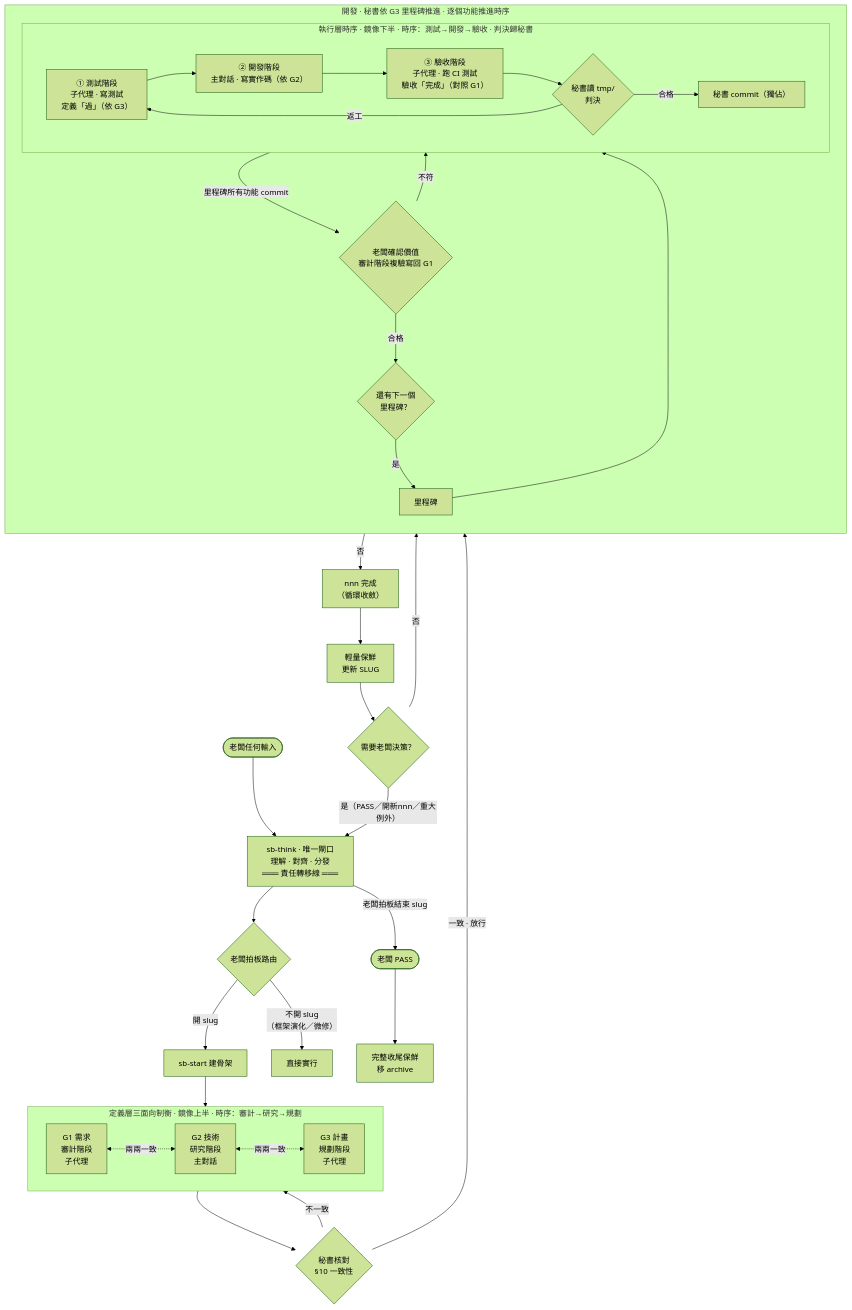
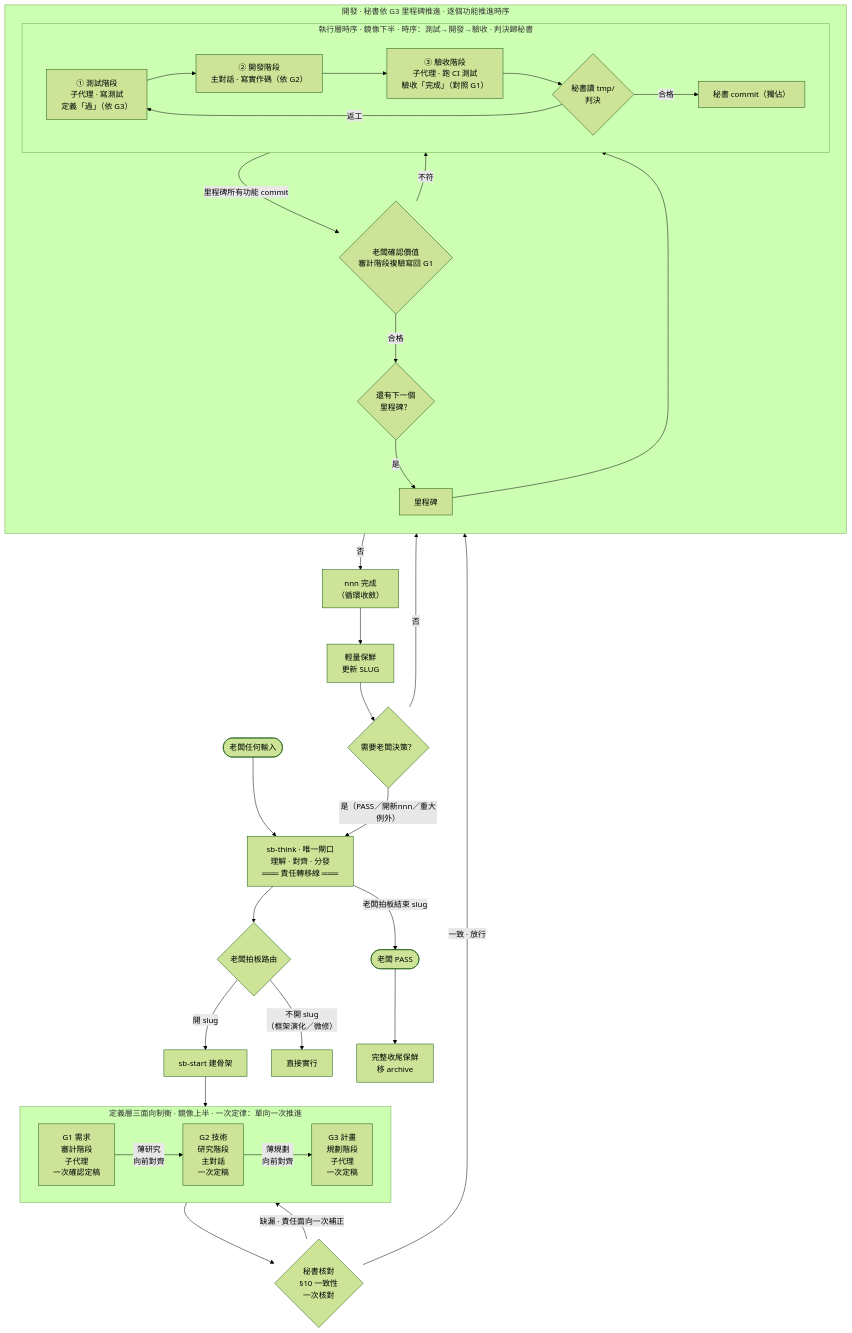
The first of 2 diagrams in README.md (teps3105/shiftblame), drawn with Mermaid (forest theme) before and after one commit. The commit also changed other lines of this file and 15 other files, not shown here.

````diff
--- a/README.md
+++ b/README.md
@@ -46,42 +47,42 @@
 ```mermaid
 flowchart TD
     Boss([老闆任何輸入]) --> Think["sb-think · 唯一閘口<br/>理解 · 對齊 · 分發<br/>═══ 責任轉移線 ═══"]
     Think --> Route{老闆拍板路由}
     Route -- "開 slug" --> Start["sb-start 建骨架"] --> Check
     Route -- "不開 slug<br/>（框架演化／微修）" --> Direct["直接實行"]
 
-    subgraph Check["定義層三面向制衡 · 鏡像上半 · 時序：審計→研究→規劃"]
+    subgraph Check["定義層三面向制衡 · 鏡像上半 · 一次定律：單向一次推進"]
         direction LR
-        G1["G1 需求<br/>審計階段<br/>子代理"] <-.兩兩一致.-> G2["G2 技術<br/>研究階段<br/>主對話"]
-        G2 <-.兩兩一致.-> G3["G3 計畫<br/>規劃階段<br/>子代理"]
+        G1["G1 需求<br/>審計階段<br/>子代理<br/>一次確認定稿"] -->|薄研究<br/>向前對齊| G2["G2 技術<br/>研究階段<br/>主對話<br/>一次定稿"]
+        G2 -->|薄規劃<br/>向前對齊| G3["G3 計畫<br/>規劃階段<br/>子代理<br/>一次定稿"]
     end
 
-    Check --> Consist{秘書核對<br/>§10 一致性}
-    Consist -- 不一致 --> Check
+    Check --> Consist{秘書核對<br/>§10 一致性<br/>一次核對}
+    Consist -- 缺漏 · 責任面向一次補正 --> Check
     Consist -- 一致 · 放行 --> Dev
 
     subgraph Dev["開發 · 秘書依 G3 里程碑推進 · 逐個功能推進時序"]
         direction TB
         MS["里程碑"] --> Loop
         subgraph Loop["執行層時序 · 鏡像下半 · 時序：測試→開發→驗收 · 判決歸秘書"]
             direction LR
             T["① 測試階段<br/>子代理 · 寫測試<br/>定義「過」（依 G3）"] --> D["② 開發階段<br/>主對話 · 寫實作碼（依 G2）"]
             D --> A["③ 驗收階段<br/>子代理 · 跑 CI 測試<br/>驗收「完成」（對照 G1）"]
             A --> Judge{秘書讀 tmp/<br/>判決}
             Judge -- 合格 --> Commit["秘書 commit（獨佔）"]
             Judge -- 返工 --> T
         end
         Loop -- 里程碑所有功能 commit --> MA{"老闆確認價值<br/>審計階段複驗寫回 G1"}
         MA -- 不符 --> Loop
         MA -- 合格 --> Next{還有下一個<br/>里程碑？}
         Next -- 是 --> MS
     end
 
     Next -- 否 --> NnnDone["nnn 完成<br/>（循環收斂）"]
     NnnDone --> LightFresh["輕量保鮮<br/>更新 SLUG"]
     LightFresh --> Decide{"需要老闆決策？"}
     Decide -- 是（PASS／開新nnn／重大例外） --> Think
     Decide -- 否 --> Dev
     Think -- 老闆拍板結束 slug --> Pass([老闆 PASS])
     Pass --> FullFresh["完整收尾保鮮<br/>移 archive"]
 ```
````
